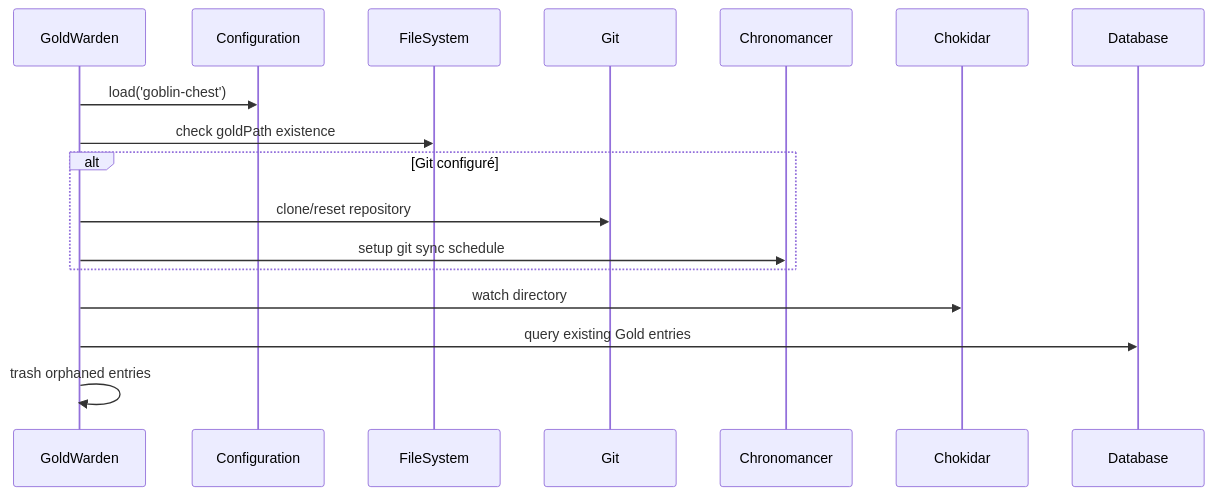
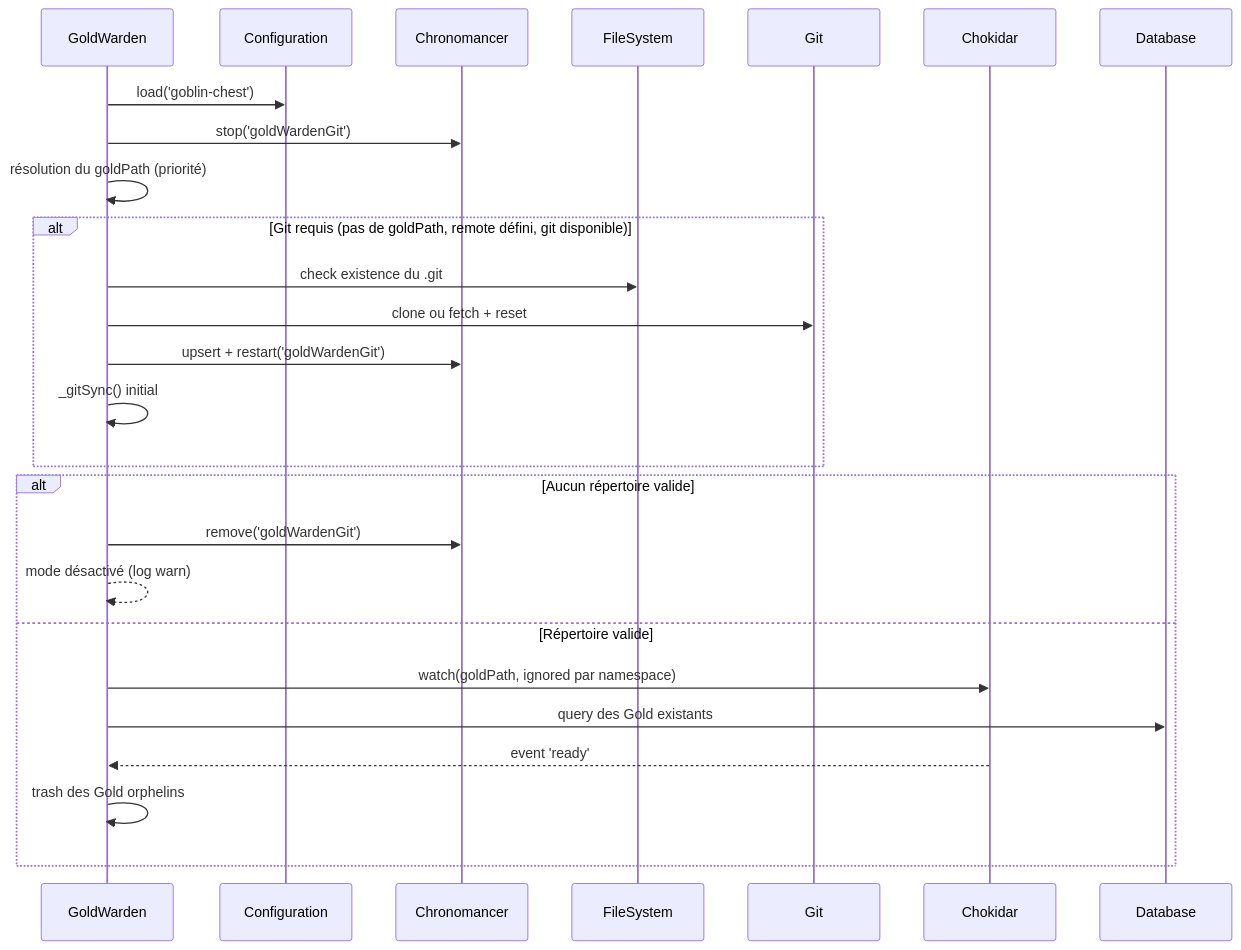
The first of 3 diagrams in doc/goldWarden.md (Xcraft-Inc/goblin-chest), drawn with Mermaid before and after one commit. The commit also changed other lines of this file, not shown here.

````diff
--- a/doc/goldWarden.md
+++ b/doc/goldWarden.md
@@ -56,20 +59,29 @@
 ```mermaid
 sequenceDiagram
     participant GW as GoldWarden
     participant Config as Configuration
+    participant Chrono as Chronomancer
     participant FS as FileSystem
     participant Git as Git
-    participant Chrono as Chronomancer
     participant Chok as Chokidar
     participant DB as Database
 
     GW->>Config: load('goblin-chest')
-    GW->>FS: check goldPath existence
-    alt Git configuré
-        GW->>Git: clone/reset repository
-        GW->>Chrono: setup git sync schedule
+    GW->>Chrono: stop('goldWardenGit')
+    GW->>GW: résolution du goldPath (priorité)
+    alt Git requis (pas de goldPath, remote défini, git disponible)
+        GW->>FS: check existence du .git
+        GW->>Git: clone ou fetch + reset
+        GW->>Chrono: upsert + restart('goldWardenGit')
+        GW->>GW: _gitSync() initial
     end
-    GW->>Chok: watch directory
-    GW->>DB: query existing Gold entries
-    GW->>GW: trash orphaned entries
+    alt Aucun répertoire valide
+        GW->>Chrono: remove('goldWardenGit')
+        GW-->>GW: mode désactivé (log warn)
+    else Répertoire valide
+        GW->>Chok: watch(goldPath, ignored par namespace)
+        GW->>DB: query des Gold existants
+        Chok-->>GW: event 'ready'
+        GW->>GW: trash des Gold orphelins
+    end
 ```
````
